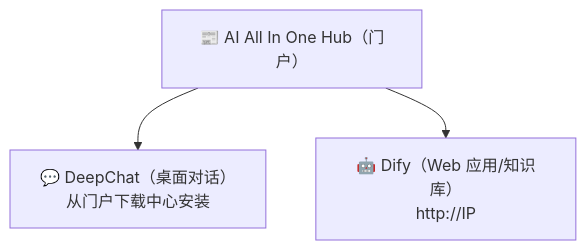
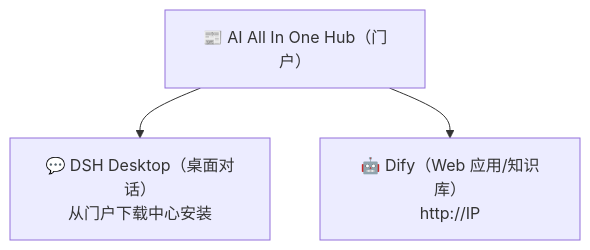
One commit to sdlyxianchao/AIAllInOne changed the diagram in docs/i18n/user-manual-zh-cn/ch01-about.md. Above: the diagram before and after it, drawn with Mermaid. The commit also changed other lines of this file and 306 other files, not shown here.

````diff
--- a/docs/i18n/user-manual-zh-cn/ch01-about.md
+++ b/docs/i18n/user-manual-zh-cn/ch01-about.md
@@ -17,5 +17,5 @@
 ```mermaid
 flowchart TB
-    A["📰 AI All In One Hub（门户）"] --> B["💬 DeepChat（桌面对话）<br/>从门户下载中心安装"]
+    A["📰 AI All In One Hub（门户）"] --> B["💬 DSH Desktop（桌面对话）<br/>从门户下载中心安装"]
     A["📰 AI All In One Hub（门户）"] --> C["🤖 Dify（Web 应用/知识库）<br/>http://IP"]
 ```
````
